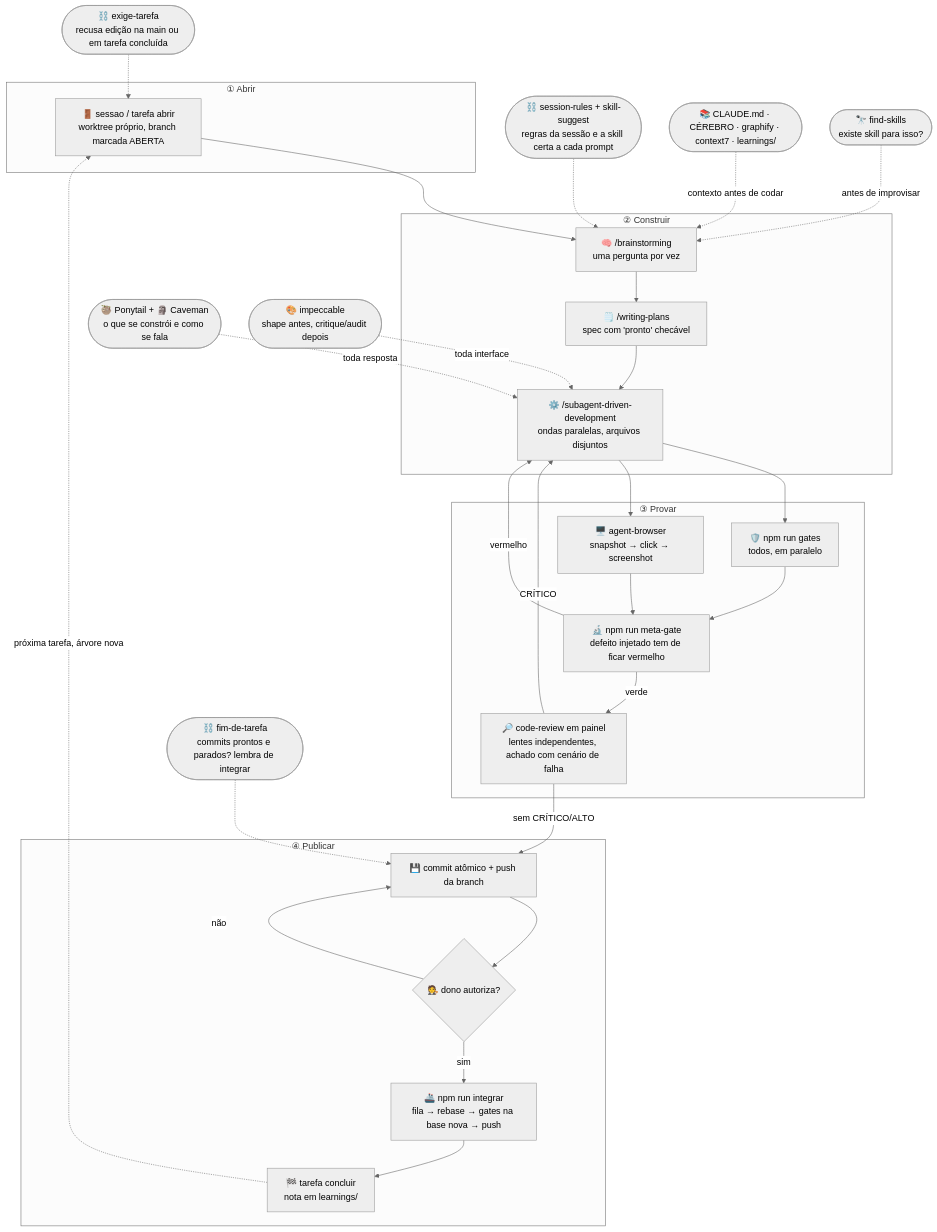
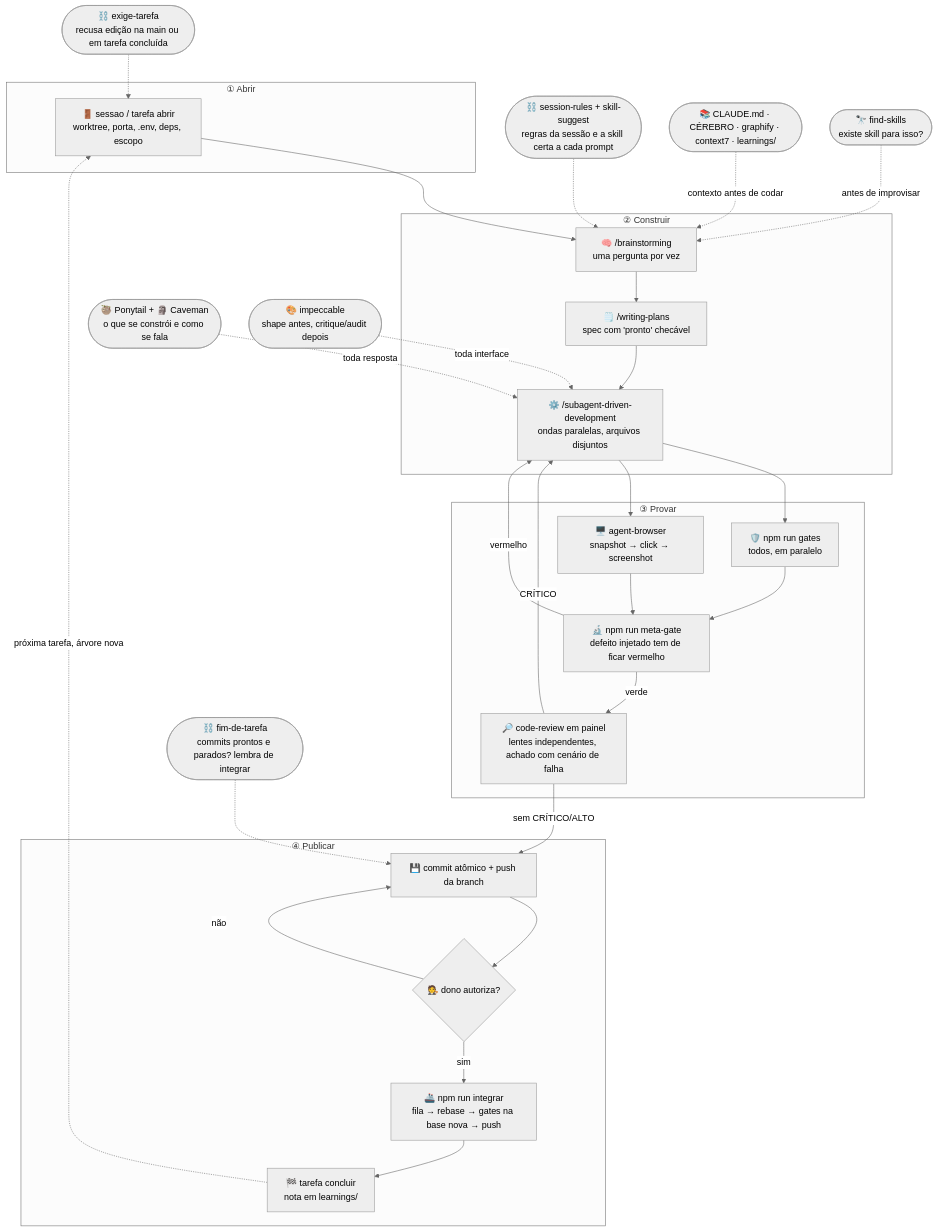
The diagram in README.md (Mateusfb-ai/vibe100coding-kit), drawn with Mermaid (neutral theme) before and after one commit. The commit also changed other lines of this file and 14 other files, not shown here.

````diff
--- a/README.md
+++ b/README.md
@@ -19,37 +19,37 @@
 ```mermaid
 flowchart TB
     subgraph ABRIR["① Abrir"]
-        S["🚪 sessao / tarefa abrir<br/>worktree próprio, branch marcada ABERTA"]
+        S["🚪 sessao / tarefa abrir<br/>worktree, porta, .env, deps, escopo"]
     end
     subgraph CONSTRUIR["② Construir"]
         B["🧠 /brainstorming<br/>uma pergunta por vez"] --> P["🗒️ /writing-plans<br/>spec com 'pronto' checável"] --> I["⚙️ /subagent-driven-development<br/>ondas paralelas, arquivos disjuntos"]
     end
     subgraph PROVAR["③ Provar"]
         G["🛡️ npm run gates<br/>todos, em paralelo"] --> M["🔬 npm run meta-gate<br/>defeito injetado tem de ficar vermelho"]
         W["🖥️ agent-browser<br/>snapshot → click → screenshot"] --> M
         R["🔎 code-review em painel<br/>lentes independentes, achado com cenário de falha"]
     end
     subgraph PUBLICAR["④ Publicar"]
         C["💾 commit atômico + push da branch"] --> D{"🧑‍⚖️ dono autoriza?"}
         D -->|sim| N["🚢 npm run integrar<br/>fila → rebase → gates na base nova → push"]
         D -->|não| C
         N --> F["🏁 tarefa concluir<br/>nota em learnings/"]
     end
 
     S --> B
     I --> G
     I --> W
     M -->|verde| R
     M -->|vermelho| I
     R -->|sem CRÍTICO/ALTO| C
     R -->|CRÍTICO| I
     F -.->|próxima tarefa, árvore nova| S
 
     H1(["⛓️ exige-tarefa<br/>recusa edição na main ou em tarefa concluída"]) -.-> S
     H2(["⛓️ session-rules + skill-suggest<br/>regras da sessão e a skill certa a cada prompt"]) -.-> B
     H3(["⛓️ fim-de-tarefa<br/>commits prontos e parados? lembra de integrar"]) -.-> C
     K(["📚 CLAUDE.md · CÉREBRO · graphify · context7 · learnings/"]) -.->|contexto antes de codar| B
     Y(["🦥 Ponytail + 🗿 Caveman<br/>o que se constrói e como se fala"]) -.->|toda resposta| I
     Z(["🎨 impeccable<br/>shape antes, critique/audit depois"]) -.->|toda interface| I
     X(["🔭 find-skills<br/>existe skill para isso?"]) -.->|antes de improvisar| B
 ```
````
